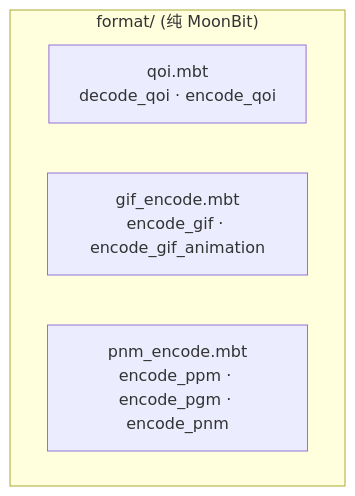
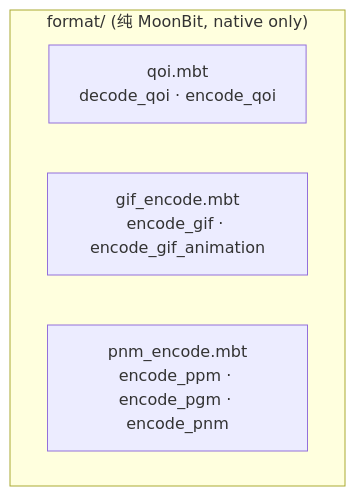
Before and after one commit to toadium/stb-image: the seventh of 14 diagrams in docs/architecture.md, drawn with Mermaid. The commit also changed other lines of this file and 4 other files, not shown here.

````diff
--- a/docs/architecture.md
+++ b/docs/architecture.md
@@ -310,8 +313,8 @@
 ```mermaid
 flowchart TB
-    subgraph FormatPkg["format/ (纯 MoonBit)"]
+    subgraph FormatPkg["format/ (纯 MoonBit, native only)"]
         QOI["qoi.mbt<br/>decode_qoi · encode_qoi"]
         GIF["gif_encode.mbt<br/>encode_gif · encode_gif_animation"]
         PNM["pnm_encode.mbt<br/>encode_ppm · encode_pgm · encode_pnm"]
     end
 ```
````
